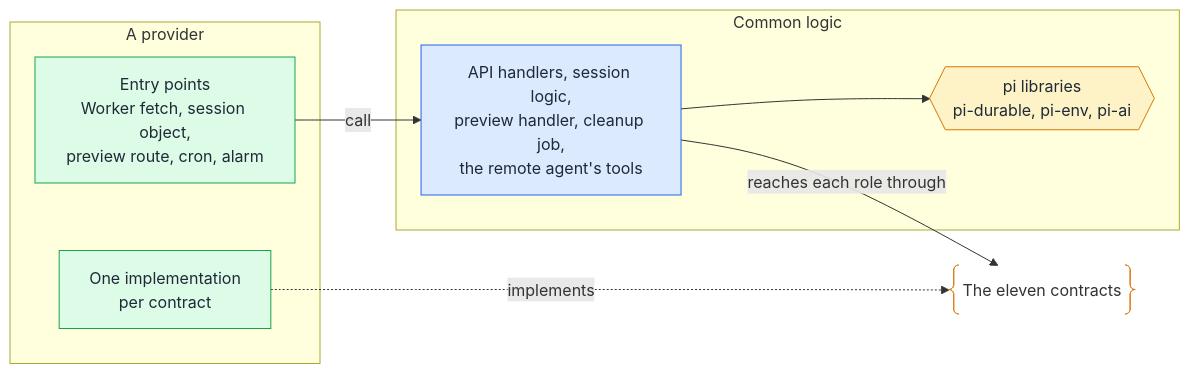
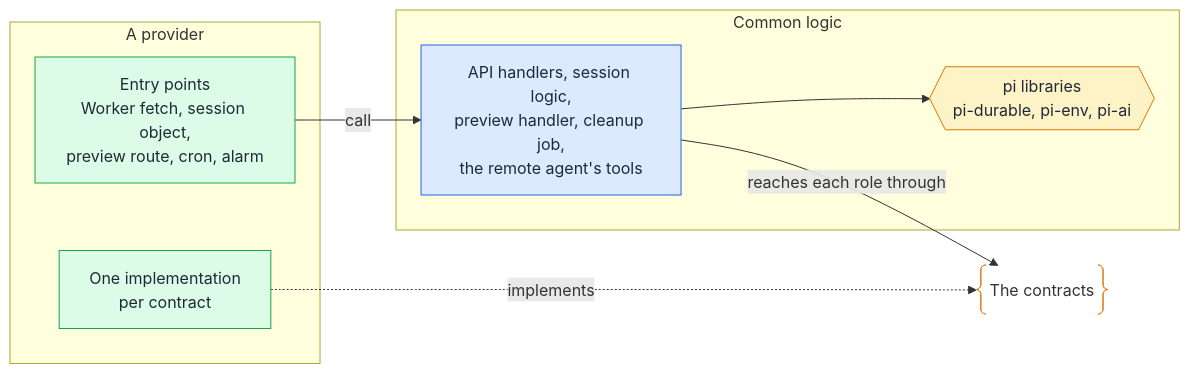
Before and after one commit to asermax/tentacles: the second of 2 diagrams in docs/technical-design/runtime-components.md, drawn with Mermaid. The commit also changed other lines of this file and 3 other files, not shown here.

````diff
--- a/docs/technical-design/runtime-components.md
+++ b/docs/technical-design/runtime-components.md
@@ -118,24 +119,24 @@
 ```mermaid
 flowchart LR
     subgraph setup["A provider"]
         In@{ shape: rect, label: "Entry points<br/>Worker fetch, session object,<br/>preview route, cron, alarm" }
         Impl@{ shape: rect, label: "One implementation<br/>per contract" }
     end
     subgraph core["Common logic"]
         Logic@{ shape: rect, label: "API handlers, session logic,<br/>preview handler, cleanup job,<br/>the remote agent's tools" }
         Pi@{ shape: hex, label: "pi libraries<br/>pi-durable, pi-env, pi-ai" }
         Logic --> Pi
     end
-    Contracts@{ shape: braces, label: "The eleven contracts" }
+    Contracts@{ shape: braces, label: "The contracts" }
     In -->|"call"| Logic
     Logic -->|"reaches each role through"| Contracts
     Impl -.->|"implements"| Contracts
     classDef blue fill:#dbeafe,stroke:#2563eb,color:#1f2937
     classDef green fill:#dcfce7,stroke:#16a34a,color:#1f2937
     classDef amber fill:#fef3c7,stroke:#d97706,color:#1f2937
     classDef payload stroke:#d97706
     class Logic blue
     class Pi amber
     class Contracts payload
     class In,Impl green
 ```
````
